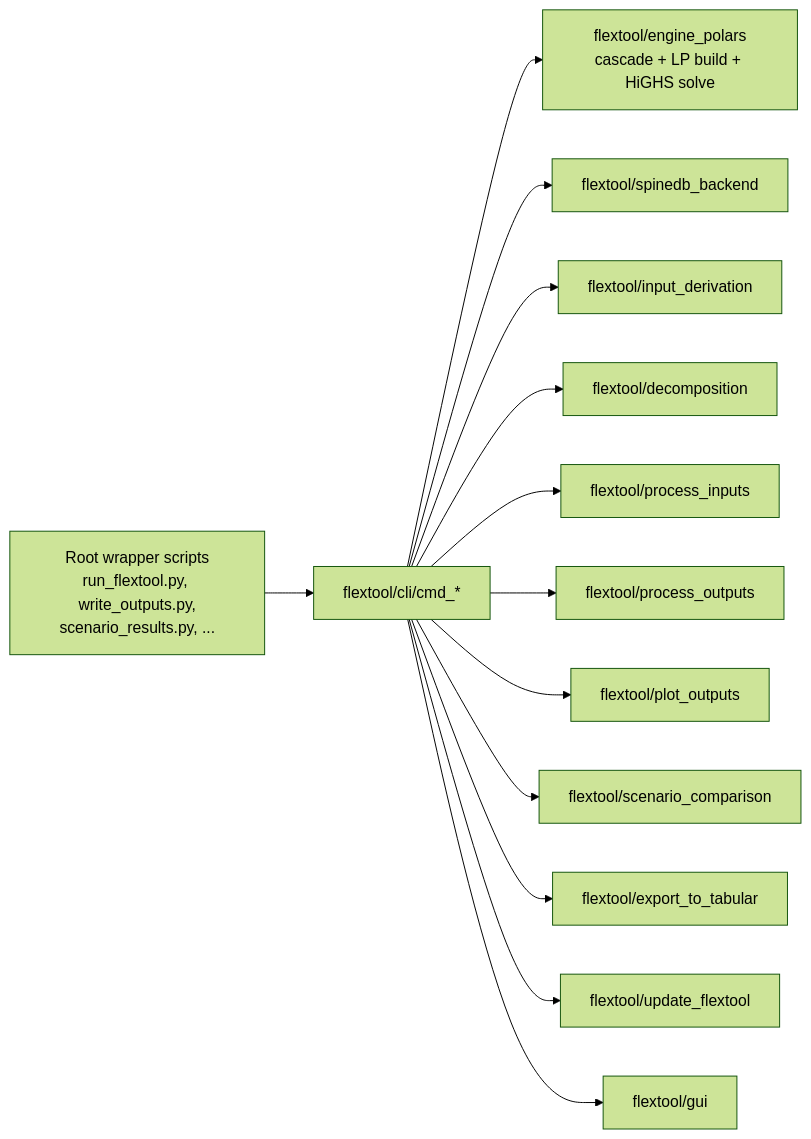
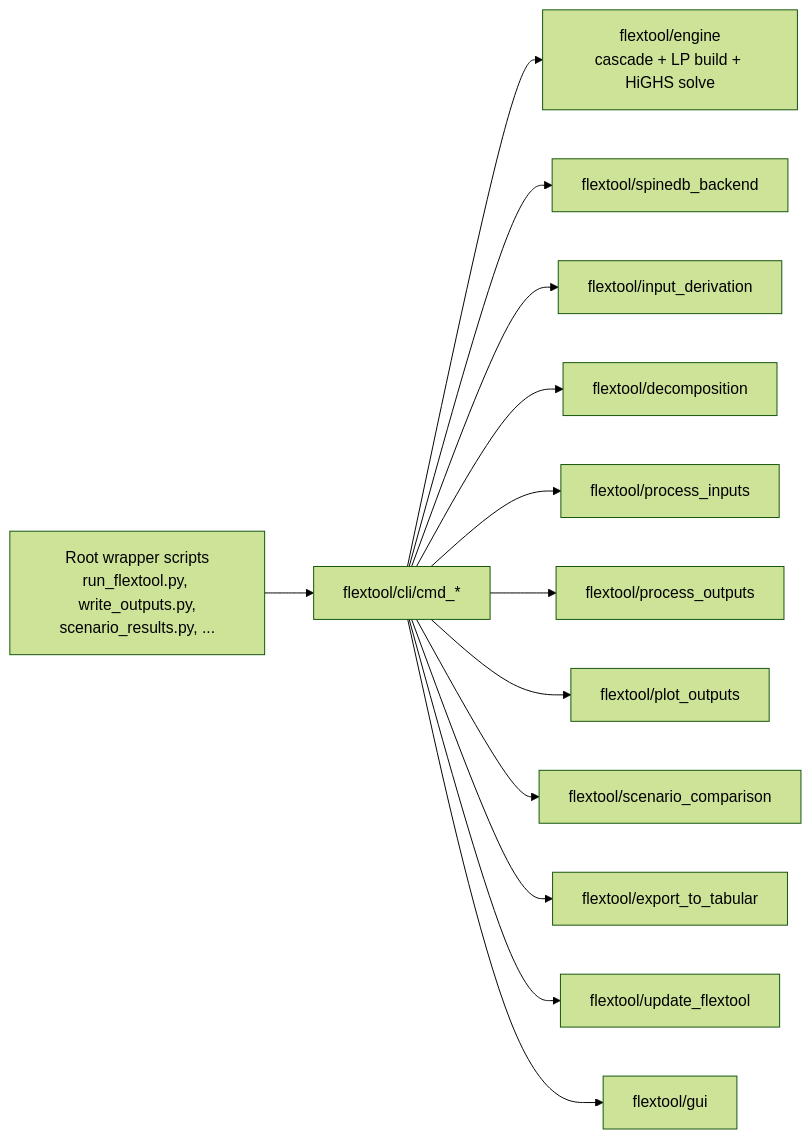
Before and after one commit to irena-flextool/flextool: the second of 2 diagrams in docs/dev/architecture.md, drawn with Mermaid (forest theme). The commit also changed other lines of this file and 878 other files, not shown here.

First line of the commit message:
refactor(engine): rename flextool.engine_polars → flextool.engine

````diff
--- a/docs/dev/architecture.md
+++ b/docs/dev/architecture.md
@@ -48,15 +48,15 @@
 ```mermaid
 flowchart LR
   root["Root wrapper scripts<br/>run_flextool.py, write_outputs.py,<br/>scenario_results.py, ..."] --> cli["flextool/cli/cmd_*"]
-  cli --> engine["flextool/engine_polars<br/>cascade + LP build + HiGHS solve"]
+  cli --> engine["flextool/engine<br/>cascade + LP build + HiGHS solve"]
   cli --> backend["flextool/spinedb_backend"]
   cli --> derive["flextool/input_derivation"]
   cli --> decomp["flextool/decomposition"]
   cli --> inputs["flextool/process_inputs"]
   cli --> outputs["flextool/process_outputs"]
   cli --> plots["flextool/plot_outputs"]
   cli --> compare["flextool/scenario_comparison"]
   cli --> export["flextool/export_to_tabular"]
   cli --> update["flextool/update_flextool"]
   cli --> gui["flextool/gui"]
 ```
````
